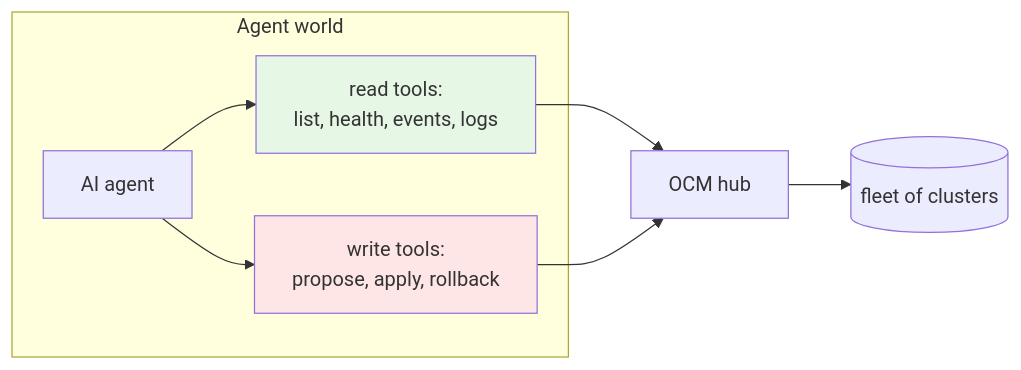
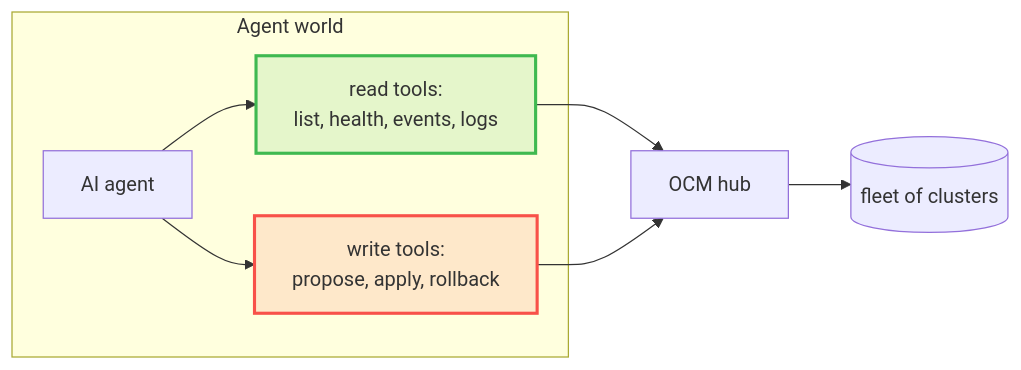
The diagram in wiki/The-Idea.md (ocm-mcp-server/ocm-mcp-server), drawn with Mermaid before and after one commit. The commit also changed 8 other files, not shown here.

````diff
--- a/wiki/The-Idea.md
+++ b/wiki/The-Idea.md
@@ -26,12 +26,14 @@
 ```mermaid
 flowchart LR
     subgraph Agent world
       A[AI agent] --> T1[read tools:<br/>list, health, events, logs]
       A --> T2[write tools:<br/>propose, apply, rollback]
     end
     T1 --> H[OCM hub]
     T2 --> H
     H --> F[(fleet of clusters)]
-    style T2 fill:#ffe6e6
-    style T1 fill:#e6f7e6
+    classDef readFree  stroke:#3fb950,stroke-width:2.5px,fill:#3fb95022
+    classDef writeGated stroke:#f85149,stroke-width:2.5px,fill:#f8514922
+    class T1 readFree
+    class T2 writeGated
 ```
````
